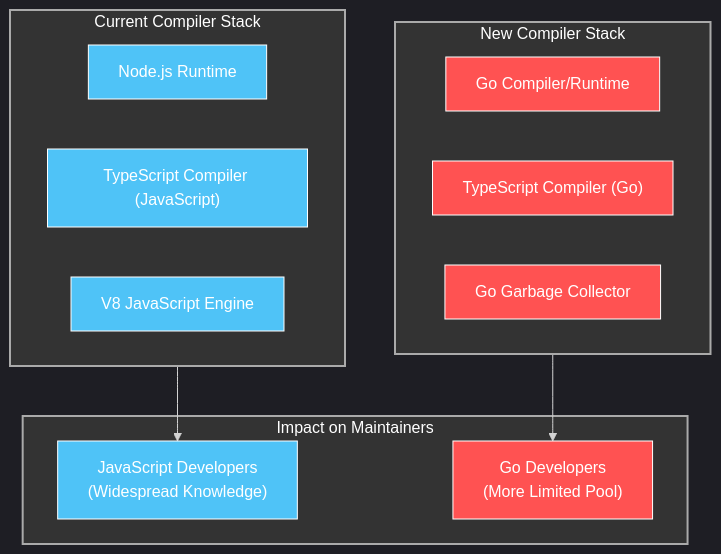
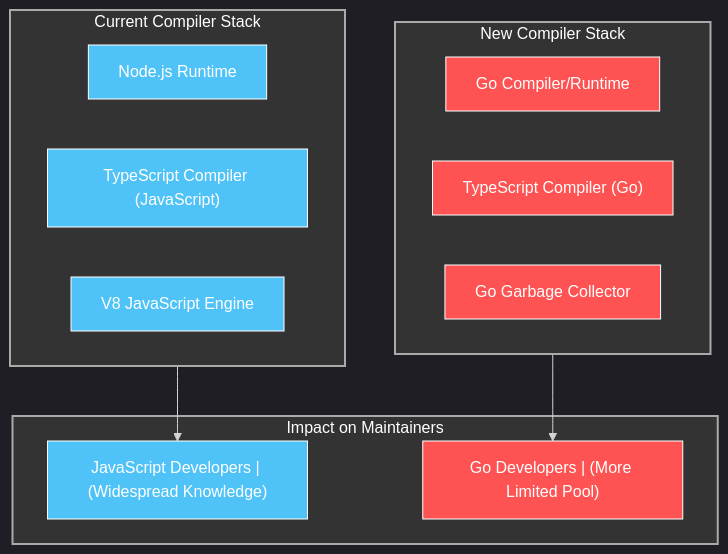
One commit to houstonhaynes/AD4SDocs changed the second of 3 diagrams in 03 TypeScripts Evolution.md. Above: the diagram before and after it, drawn with Mermaid. The commit also changed other lines of this file and 4 other files, not shown here.

Commit message:
Fix mermaid diagrams

````diff
--- a/03 TypeScripts Evolution.md
+++ b/03 TypeScripts Evolution.md
@@ -89,35 +89,35 @@
 ```mermaid
 %%{init: {'theme': 'dark', 'themeVariables': { 'primaryColor': '#242424', 'primaryTextColor': '#fff', 'primaryBorderColor': '#888', 'lineColor': '#d3d3d3', 'secondaryColor': '#2b2b2b', 'tertiaryColor': '#333' }}}%%
 flowchart TD
     subgraph CurrentCompiler["Current Compiler Stack"]
         NodeJS["Node.js Runtime"]
         TSC_JS["TypeScript Compiler (JavaScript)"]
         V8["V8 JavaScript Engine"]
     end
     
     subgraph NewCompiler["New Compiler Stack"]
         Go["Go Compiler/Runtime"]
         TSC_Go["TypeScript Compiler (Go)"]
         GC["Go Garbage Collector"]
     end
     
     subgraph Maintainers["Impact on Maintainers"]
-        JSDevs["JavaScript Developers\n(Widespread Knowledge)"]
-        GoDevs["Go Developers\n(More Limited Pool)"]
+        JSDevs["JavaScript Developers | (Widespread Knowledge)"]
+        GoDevs["Go Developers | (More Limited Pool)"]
     end
     
     CurrentCompiler --> JSDevs
     NewCompiler --> GoDevs
     
     style CurrentCompiler fill:#333,stroke:#aaa,stroke-width:2px,color:#fff
     style NewCompiler fill:#333,stroke:#aaa,stroke-width:2px,color:#fff
     style Maintainers fill:#333,stroke:#aaa,stroke-width:2px,color:#fff
     style NodeJS fill:#4FC3F7,stroke:#fff,stroke-width:1px,color:#fff
     style TSC_JS fill:#4FC3F7,stroke:#fff,stroke-width:1px,color:#fff
     style V8 fill:#4FC3F7,stroke:#fff,stroke-width:1px,color:#fff
     style Go fill:#FF5252,stroke:#fff,stroke-width:1px,color:#fff
     style TSC_Go fill:#FF5252,stroke:#fff,stroke-width:1px,color:#fff
     style GC fill:#FF5252,stroke:#fff,stroke-width:1px,color:#fff
     style JSDevs fill:#4FC3F7,stroke:#fff,stroke-width:1px,color:#fff
     style GoDevs fill:#FF5252,stroke:#fff,stroke-width:1px,color:#fff
 ```
````
